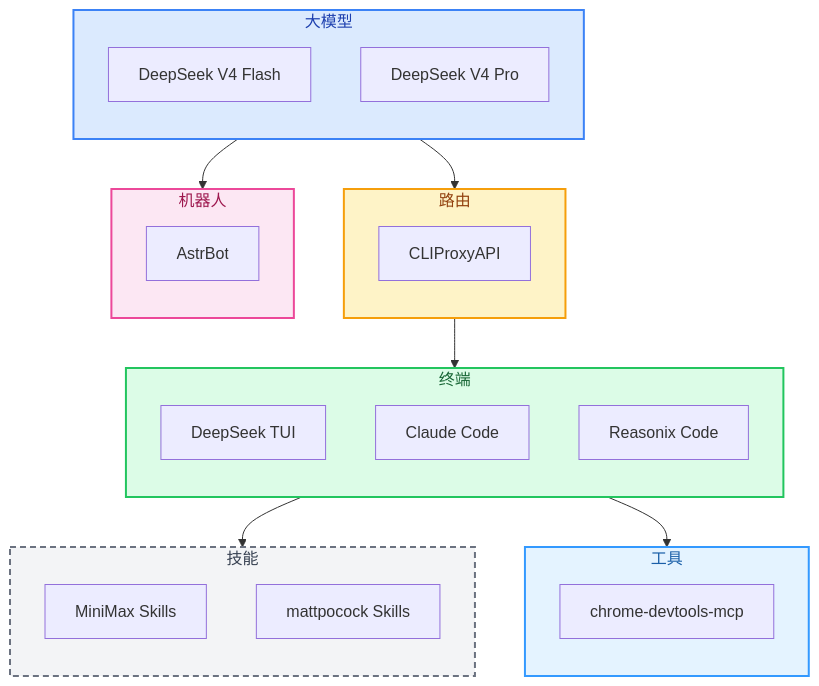
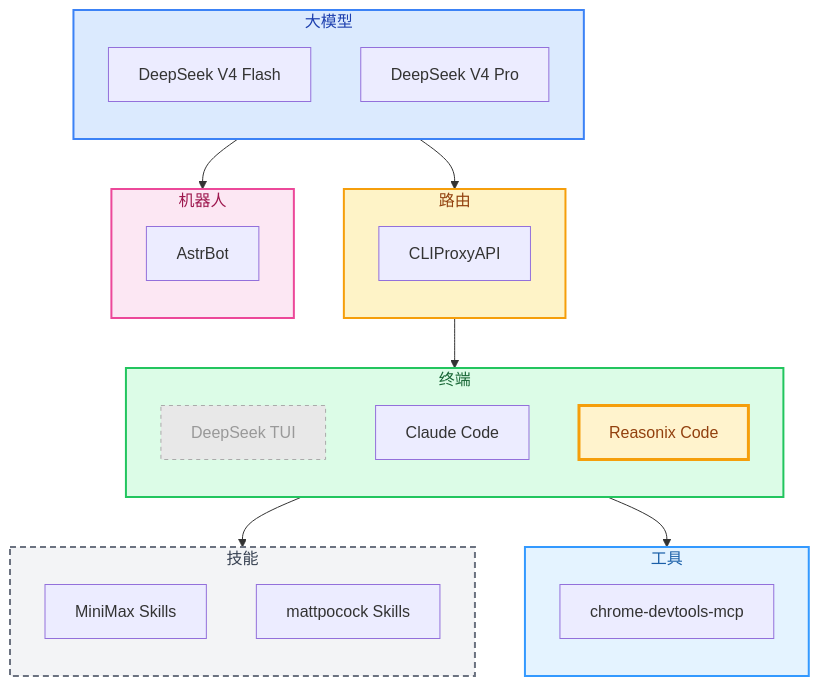
Before and after one commit to yuanxin518/ai-path: the diagram in README.md, drawn with Mermaid. The commit also changed other lines of this file and 1 other file, not shown here.

Commit message:
mark Reasonix as highlighted, DeepSeek TUI as dimmed

````diff
--- a/README.md
+++ b/README.md
@@ -23,48 +23,50 @@
 ```mermaid
 flowchart TD
     subgraph N00["大模型"]
         direction TB
         DS1["DeepSeek V4 Flash"]
         DS2["DeepSeek V4 Pro"]
     end
     style N00 fill:#dbeafe,stroke:#3b82f6,stroke-width:2px,color:#1e40af
 
     subgraph N01["路由"]
         direction TB
         CPA["CLIProxyAPI"]
     end
     style N01 fill:#fef3c7,stroke:#f59e0b,stroke-width:2px,color:#92400e
 
     subgraph N02["终端"]
         direction TB
         TUI["DeepSeek TUI"]
         CC["Claude Code"]
         RX["Reasonix Code"]
     end
+    style TUI fill:#e8e8e8,stroke:#aaaaaa,stroke-width:1px,stroke-dasharray:4 4,color:#999999
+    style RX fill:#fff3cd,stroke:#f59e0b,stroke-width:3px,color:#92400e
     style N02 fill:#dcfce7,stroke:#22c55e,stroke-width:2px,color:#166534
 
     subgraph N03["技能"]
         direction TB
         MSK["MiniMax Skills"]
         PSK["mattpocock Skills"]
     end
     style N03 fill:#f3f4f6,stroke:#6b7280,stroke-width:2px,stroke-dasharray:6 4,color:#374151
 
     subgraph N04["工具"]
         direction TB
         CDM["chrome-devtools-mcp"]
     end
     style N04 fill:#e4f3ff,stroke:#3399ff,stroke-width:2px,color:#1a5fa8
 
     subgraph N05["机器人"]
         direction TB
         AB["AstrBot"]
     end
     style N05 fill:#fce7f3,stroke:#ec4899,stroke-width:2px,color:#9d174d
 
     N00 --> N01
     N01 --> N02
     N02 --> N03
     N02 --> N04
     N00 --> N05
 ```
````
